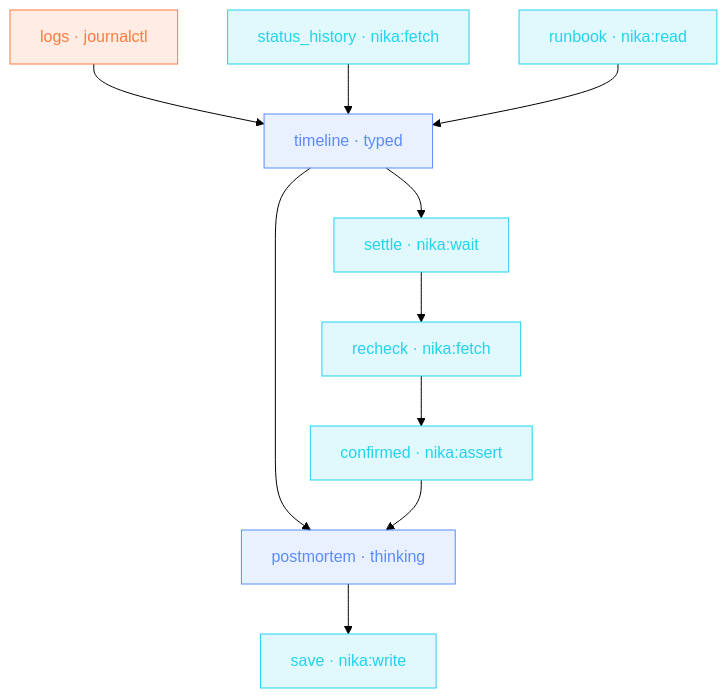
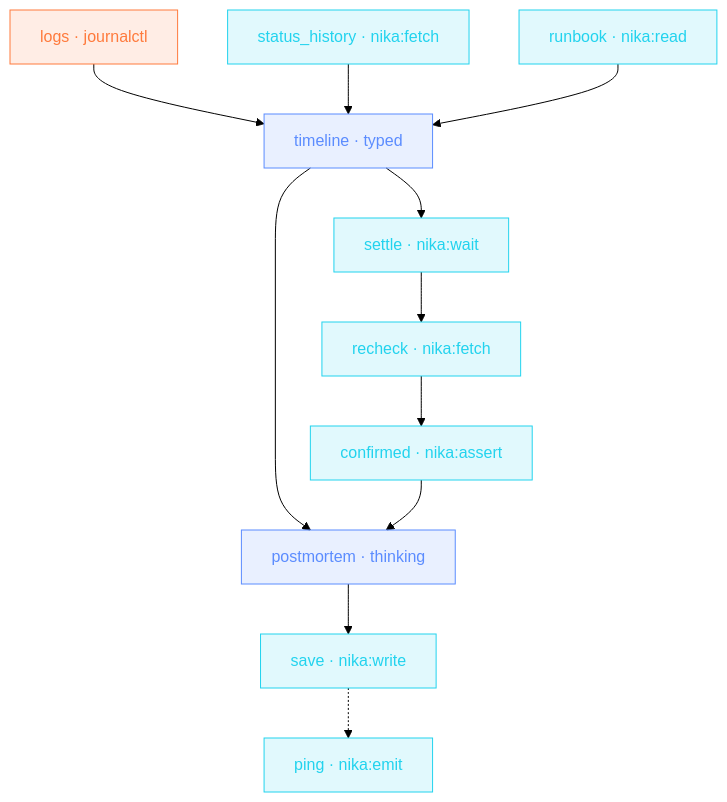
One commit to supernovae-st/nika-docs changed the diagram in examples/incident-war-room.mdx. Above: the diagram before and after it, drawn with Mermaid (forest theme). The commit also changed other lines of this file and 19 other files, not shown here.

````diff
--- a/examples/incident-war-room.mdx
+++ b/examples/incident-war-room.mdx
@@ -25,24 +25,26 @@
 ```mermaid
 flowchart TD
   logs["logs · journalctl"]:::exec
   status_history["status_history · nika:fetch"]:::invoke
   runbook["runbook · nika:read"]:::invoke
   timeline["timeline · typed"]:::infer
   settle["settle · nika:wait"]:::invoke
   recheck["recheck · nika:fetch"]:::invoke
   confirmed["confirmed · nika:assert"]:::invoke
   postmortem["postmortem · thinking"]:::infer
   save["save · nika:write"]:::invoke
+  ping["ping · nika:emit"]:::invoke
   logs --> timeline
   status_history --> timeline
   runbook --> timeline
   timeline --> settle
   settle --> recheck
   recheck --> confirmed
   timeline --> postmortem
   confirmed --> postmortem
   postmortem --> save
+  save -.-> ping
   classDef infer fill:#5b8cff22,stroke:#5b8cff,color:#5b8cff
   classDef exec fill:#ff7a3c22,stroke:#ff7a3c,color:#ff7a3c
   classDef invoke fill:#22d3ee22,stroke:#22d3ee,color:#22d3ee
 ```
````
